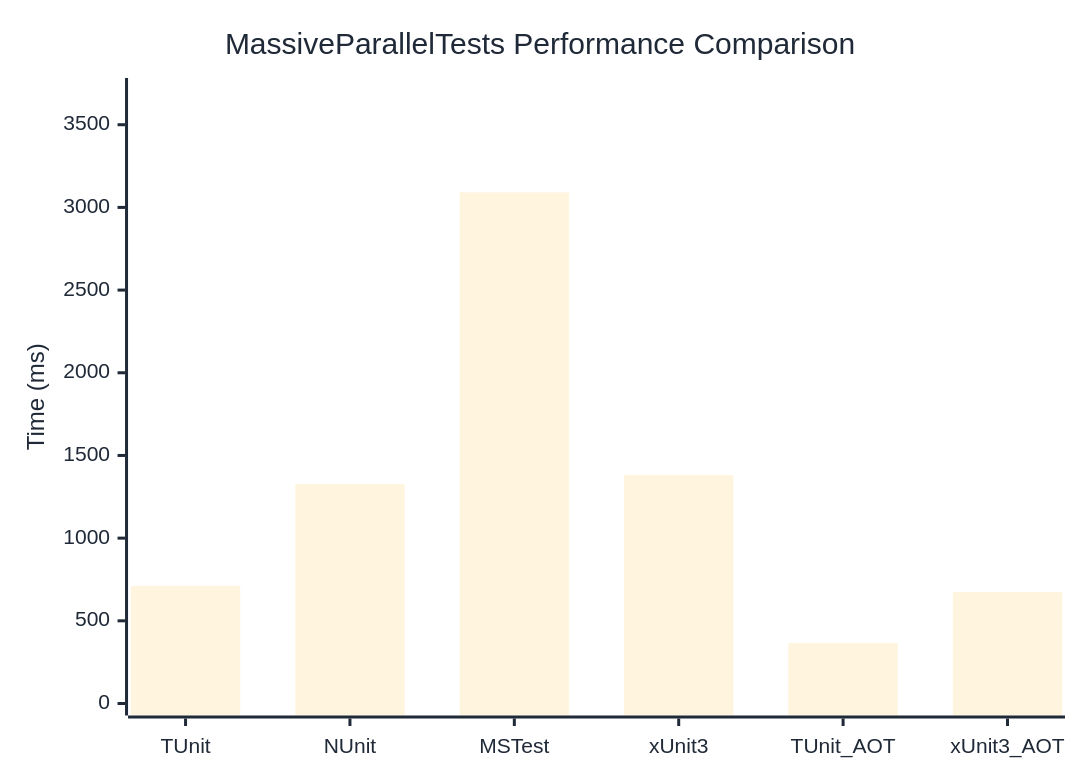
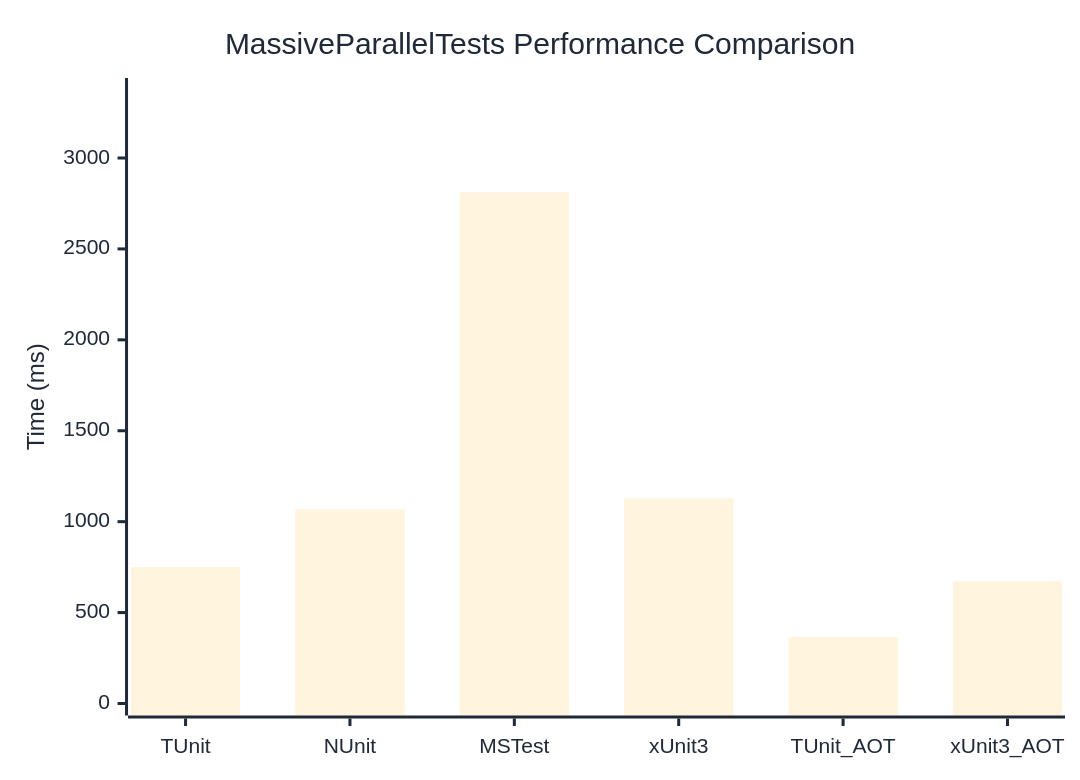
Before and after one commit to thomhurst/TUnit: the diagram in docs/docs/benchmarks/engine/MassiveParallelTests.md, drawn with Mermaid. The commit also changed other lines of this file and 17 other files, not shown here.

````diff
--- a/docs/docs/benchmarks/engine/MassiveParallelTests.md
+++ b/docs/docs/benchmarks/engine/MassiveParallelTests.md
@@ -30,37 +30,37 @@
 ```mermaid
 %%{init: {
   'theme':'base',
   'themeVariables': {
     'primaryColor': '#2563eb',
     'primaryTextColor': '#1f2937',
     'primaryBorderColor': '#1e40af',
     'lineColor': '#6b7280',
     'secondaryColor': '#7c3aed',
     'tertiaryColor': '#dc2626',
     'background': '#ffffff',
     'mainBkg': '#2563eb',
     'secondBkg': '#7c3aed',
     'tertiaryBkg': '#dc2626',
     'clusterBkg': '#f3f4f6',
     'edgeLabelBackground': '#ffffff',
     'tertiaryTextColor': '#1f2937',
     'pie1': '#2563eb',
     'pie2': '#7c3aed',
     'pie3': '#dc2626',
     'pie4': '#f59e0b',
     'pie5': '#10b981',
     'pie6': '#06b6d4',
     'pie7': '#ec4899',
     'pie8': '#6366f1',
     'pie9': '#84cc16',
     'pie10': '#f97316',
     'pie11': '#14b8a6',
     'pie12': '#a855f7'
   }
 }}%%
 xychart-beta
   title "MassiveParallelTests Performance Comparison"
   x-axis ["TUnit", "NUnit", "MSTest", "xUnit3", "TUnit_AOT", "xUnit3_AOT"]
-  y-axis "Time (ms)" 0 --> 3710
-  bar [711.1, 1327.5, 3091.3, 1381.2, 365.7, 673.6]
+  y-axis "Time (ms)" 0 --> 3374
+  bar [749.1, 1066.7, 2811.6, 1128.1, 366.3, 673.2]
 ```
````
